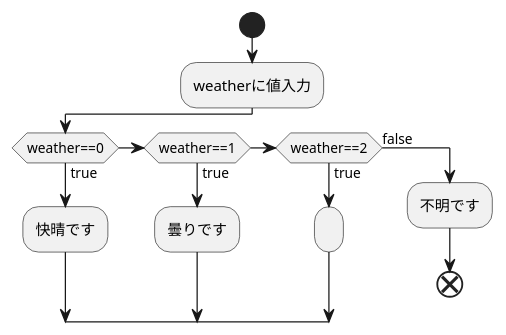
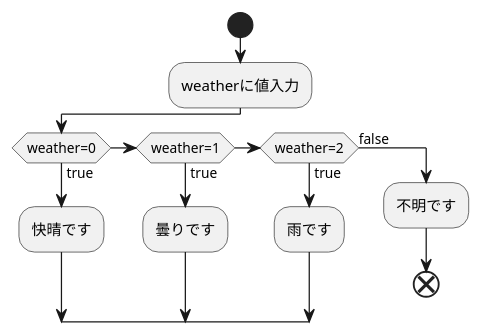
The diagram in test3.md (Aso2001369/2021sys-design), drawn with PlantUML before and after one commit.

````diff
--- a/test3.md
+++ b/test3.md
@@ -1,15 +1,15 @@
 ```uml
 @startuml
 start
 :weatherに値入力;
-if(weather==0)then(true)
+if(weather=0)then(true)
 :快晴です;
-elseif(weather==1)then(true)
+elseif(weather=1)then(true)
 :曇りです;
-elseif(weather==2)then(true)
-:;
+elseif(weather=2)then(true)
+:雨です;
 else(false)
 :不明です;
 end
 @enduml
 ```
````
